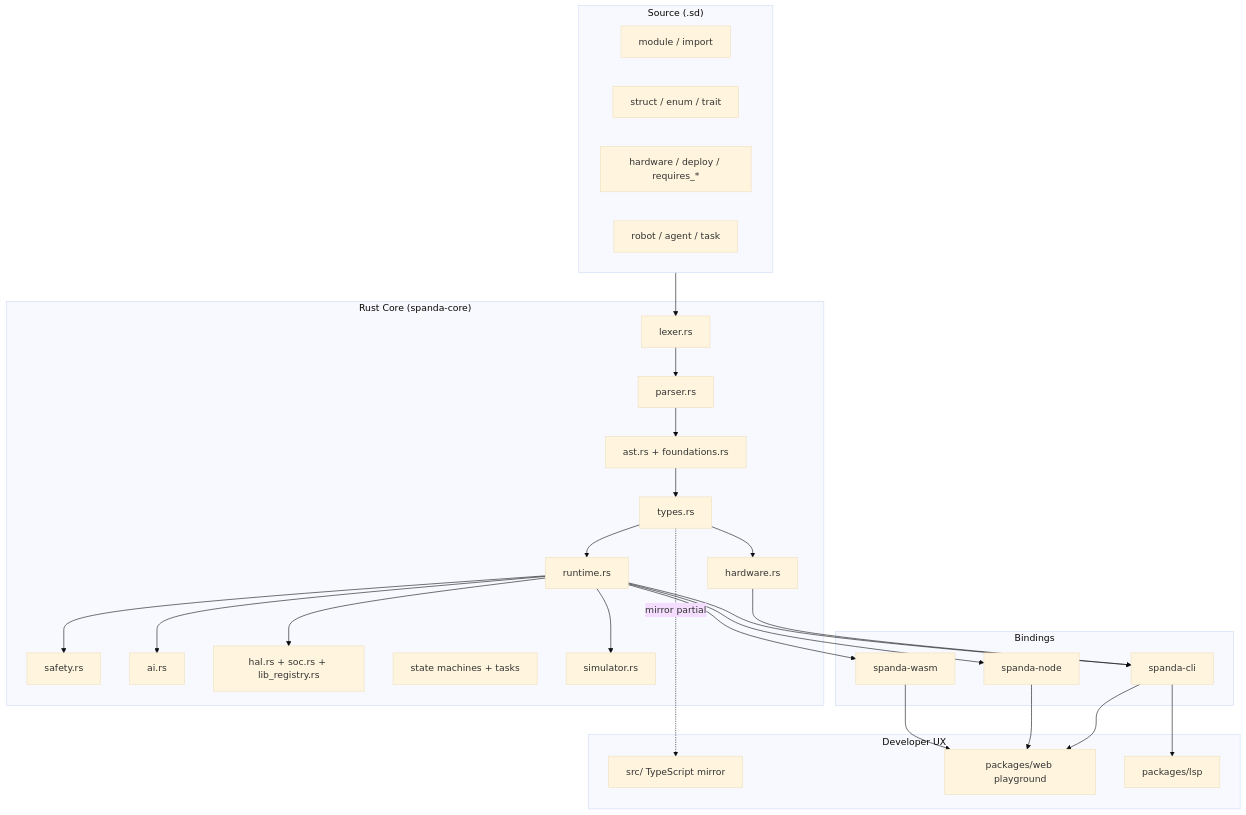
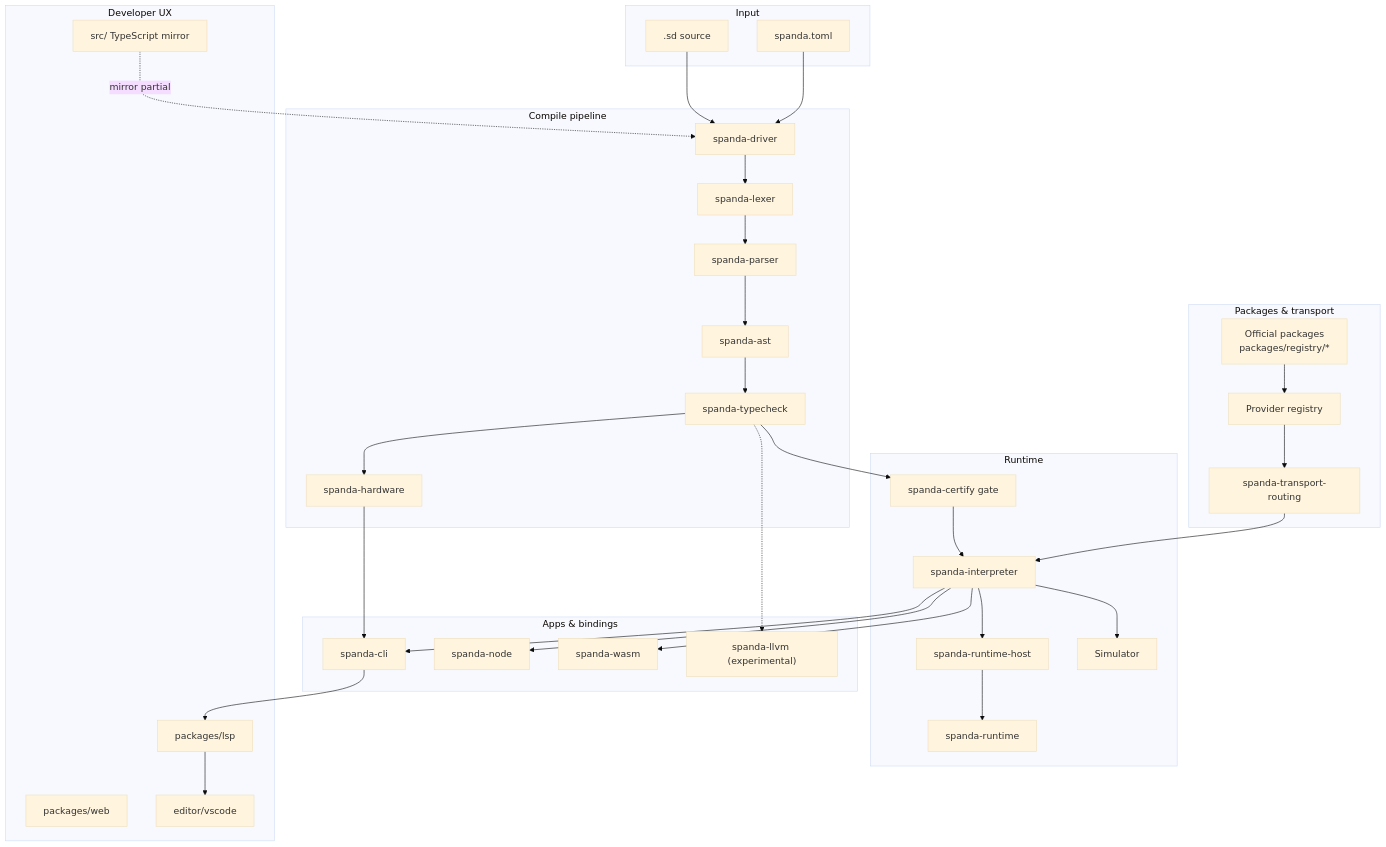
The diagram in docs/spanda-architecture.md (sujaydavalgi/Synapse), drawn with Mermaid (base theme) before and after one commit. The commit also changed other lines of this file and 4 other files, not shown here.

First line of the commit message:
Refresh README examples and architecture docs for v0.4.

````diff
--- a/docs/spanda-architecture.md
+++ b/docs/spanda-architecture.md
@@ -7,44 +9,58 @@
 ```mermaid
 flowchart TB
-  subgraph sources ["Source (.sd)"]
-    MOD[module / import]
-    TYPES[struct / enum / trait]
-    HW[hardware / deploy / requires_*]
-    ROBOT[robot / agent / task]
+  subgraph input ["Input"]
+    SD[".sd source"]
+    TOML["spanda.toml"]
   end
 
-  subgraph rust ["Rust Core (spanda-core)"]
-    LEX[lexer.rs]
-    PAR[parser.rs]
-    AST[ast.rs + foundations.rs]
-    TC[types.rs]
-    HWV[hardware.rs]
-    RT[runtime.rs]
-    SAF[safety.rs]
-    AI[ai.rs]
-    HAL[hal.rs + soc.rs + lib_registry.rs]
-    SM[state machines + tasks]
-    SIM[simulator.rs]
+  subgraph pipeline ["Compile pipeline"]
+    DRIVER["spanda-driver"]
+    LEX["spanda-lexer"]
+    PAR["spanda-parser"]
+    AST["spanda-ast"]
+    TC["spanda-typecheck"]
+    HWV["spanda-hardware"]
   end
 
-  subgraph bindings ["Bindings"]
-    CLI[spanda-cli]
-    NODE[spanda-node]
-    WASM[spanda-wasm]
+  subgraph runtime ["Runtime"]
+    CERT["spanda-certify gate"]
+    INT["spanda-interpreter"]
+    HOST["spanda-runtime-host"]
+    RT["spanda-runtime"]
+    SIM["Simulator"]
+  end
+
+  subgraph packages ["Packages & transport"]
+    PKG["Official packages\npackages/registry/*"]
+    REG["Provider registry"]
+    ROUTE["spanda-transport-routing"]
+  end
+
+  subgraph apps ["Apps & bindings"]
+    CLI["spanda-cli"]
+    NODE["spanda-node"]
+    WASM["spanda-wasm"]
+    LLVM["spanda-llvm (experimental)"]
   end
 
   subgraph ux ["Developer UX"]
-    TS[src/ TypeScript mirror]
-    WEB[packages/web playground]
-    LSP[packages/lsp]
+    TS["src/ TypeScript mirror"]
+    WEB["packages/web"]
+    LSP["packages/lsp"]
+    VSC["editor/vscode"]
   end
 
-  sources --> LEX --> PAR --> AST --> TC
+  SD --> DRIVER
+  TOML --> DRIVER
+  DRIVER --> LEX --> PAR --> AST --> TC
   TC --> HWV
-  TC --> RT
-  RT --> SAF & AI & HAL & SIM
+  TC --> CERT --> INT
+  INT --> HOST --> RT
+  INT --> SIM
+  PKG --> REG --> ROUTE --> INT
   HWV --> CLI
-  RT --> CLI & NODE & WASM --> WEB
-  CLI --> LSP
-  TC -.->|mirror partial| TS
+  INT --> CLI & NODE & WASM
+  CLI --> LSP --> VSC
+  TC -.-> LLVM
+  TS -.->|mirror partial| DRIVER
 ```
````
